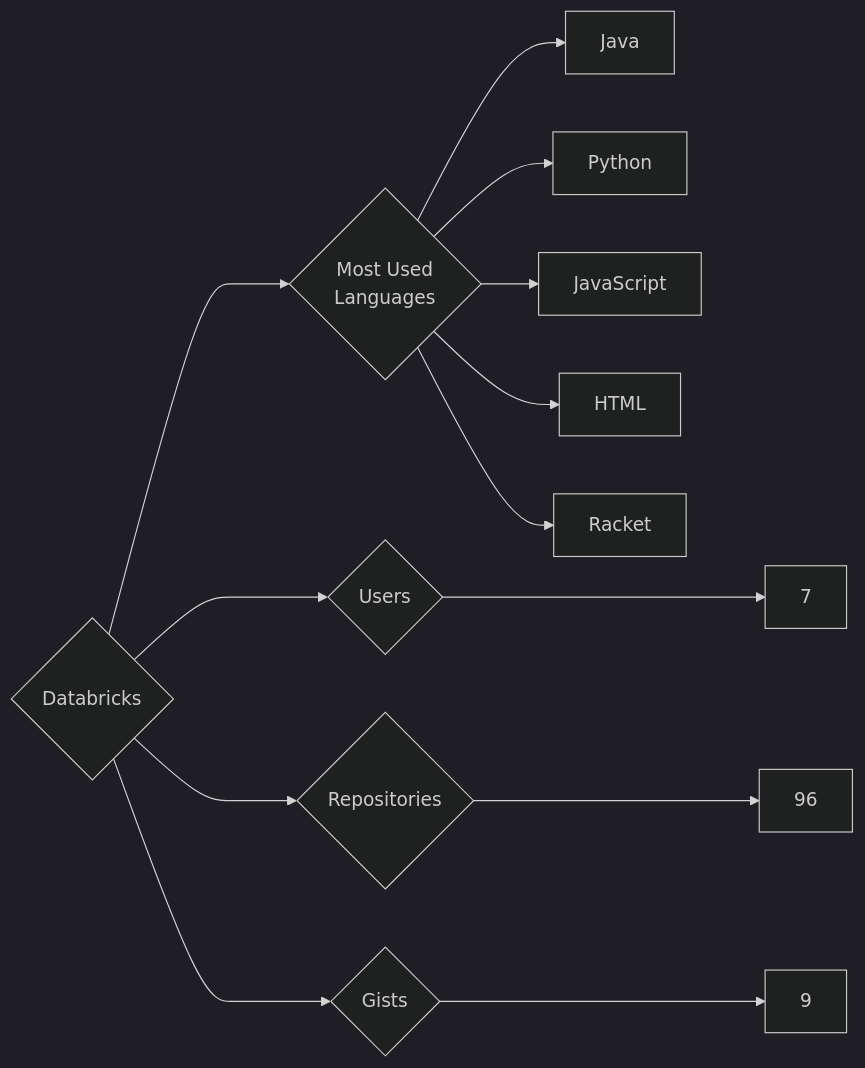
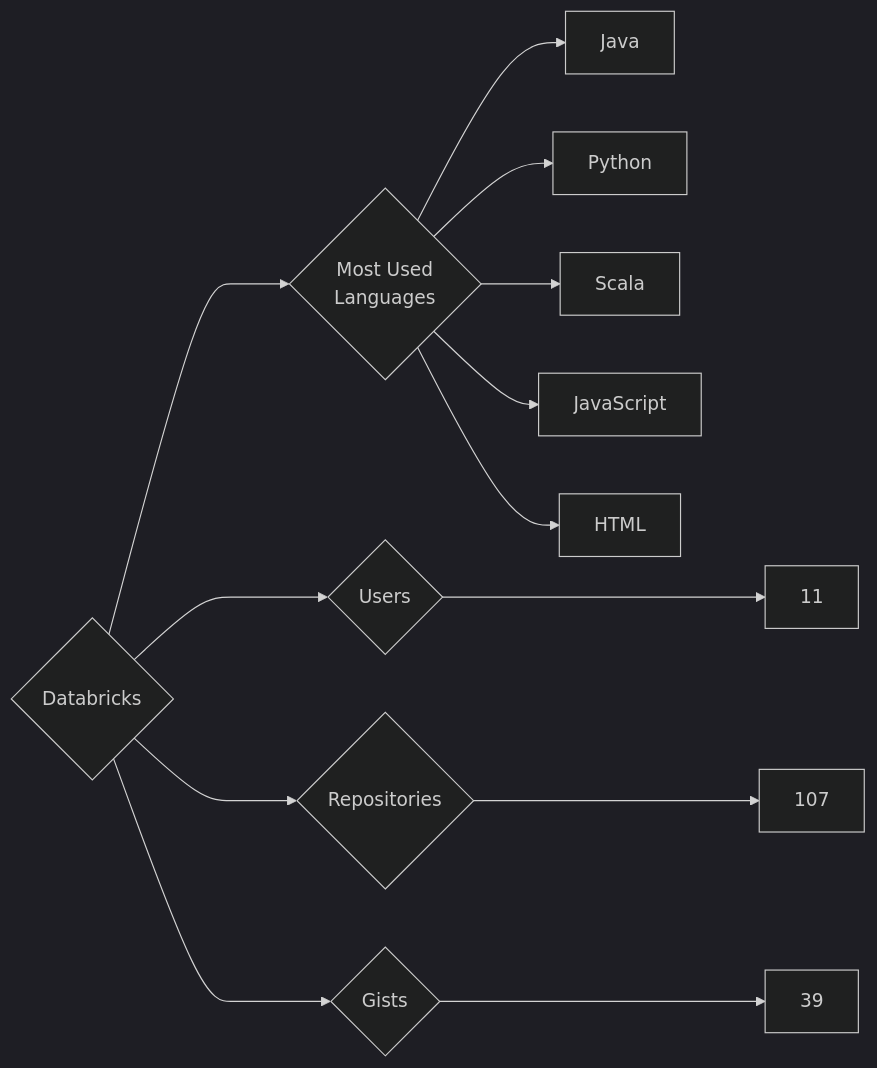
The diagram in targets/Databricks/README.md (trickest/insiders), drawn with Mermaid (dark theme) before and after one commit. The commit also changed 1055 other files, not shown here.

````diff
--- a/targets/Databricks/README.md
+++ b/targets/Databricks/README.md
@@ -3,13 +3,13 @@
 ```mermaid
 graph LR
 COMPANY_NAME{Databricks}
-COMPANY_NAME ---> U{Users} ---> UN[7]
-COMPANY_NAME ---> R{Repositories} ---> RN[96]
-COMPANY_NAME ---> G{Gists} ---> GN[9]
+COMPANY_NAME ---> U{Users} ---> UN[11]
+COMPANY_NAME ---> R{Repositories} ---> RN[107]
+COMPANY_NAME ---> G{Gists} ---> GN[39]
 COMPANY_NAME ---> ML{Most Used<br>Languages}
 ML --> Java[Java]
 ML --> Python[Python]
+ML --> Scala[Scala]
 ML --> JavaScript[JavaScript]
 ML --> HTML[HTML]
-ML --> Racket[Racket]
 ```
````
